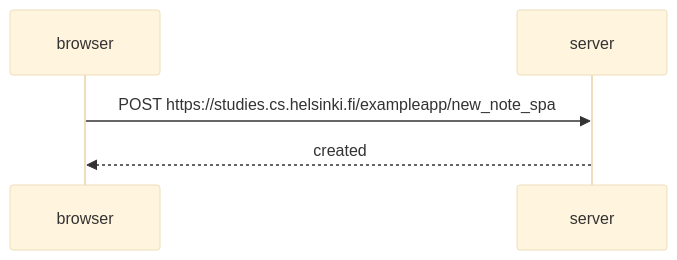
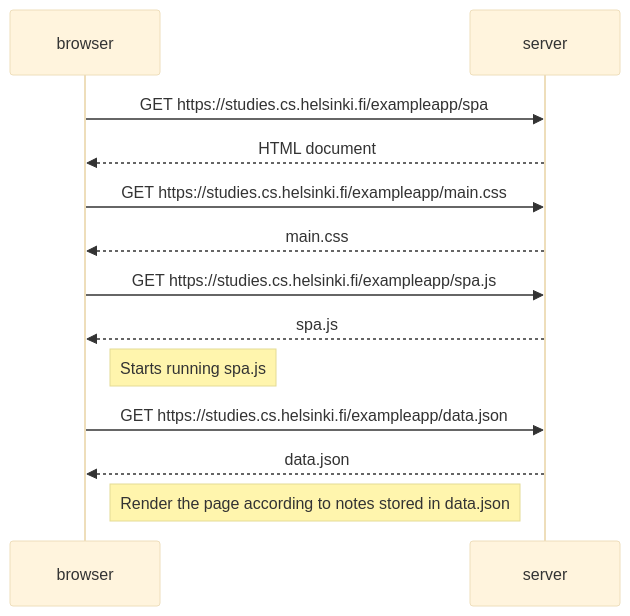
One commit to githubwelho/fullstack-osa0 changed the diagram in 0.5: Single Page App.md. Above: the diagram before and after it, drawn with Mermaid (base theme).

Commit message:
Update 0.5: Single Page App.md

````diff
--- a/0.5: Single Page App.md
+++ b/0.5: Single Page App.md
@@ -1,9 +1,18 @@
 ```mermaid
     sequenceDiagram
         participant browser
         participant server
 
-        browser->>server: POST https://studies.cs.helsinki.fi/exampleapp/new_note_spa
-        server-->>browser: created
+        browser->>server: GET https://studies.cs.helsinki.fi/exampleapp/spa
+        server-->>browser: HTML document
+        browser->>server: GET https://studies.cs.helsinki.fi/exampleapp/main.css
+        server-->>browser: main.css
+        browser->>server: GET https://studies.cs.helsinki.fi/exampleapp/spa.js
+        server-->>browser: spa.js
+        Note right of browser: Starts running spa.js
+        browser->>server: GET https://studies.cs.helsinki.fi/exampleapp/data.json
+        server-->>browser: data.json
+        Note right of browser: Render the page according to notes stored in data.json
+
 
 ```
````
